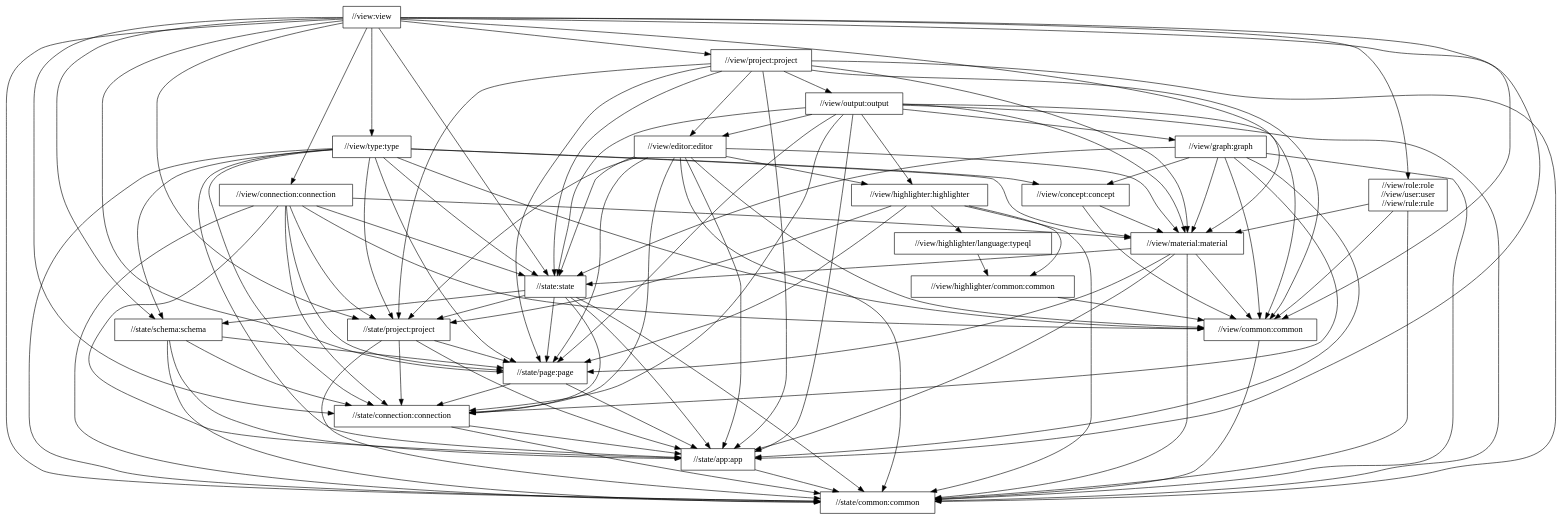
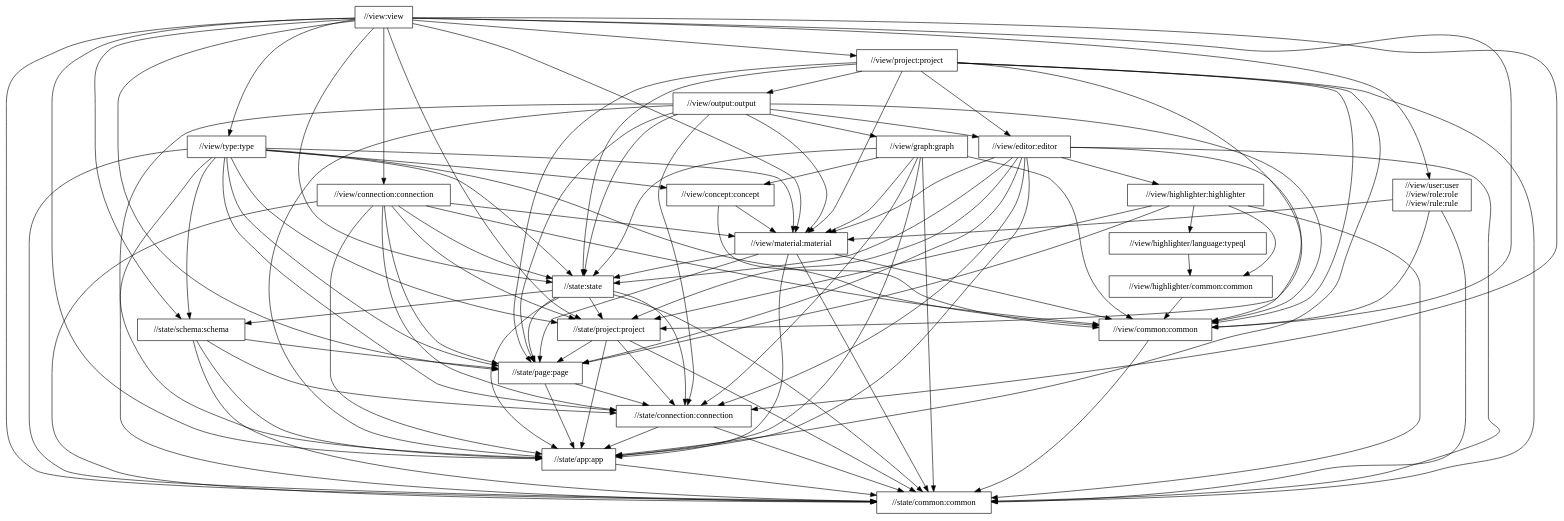
Before and after one commit to typedb/typedb-studio: the diagram in docs/global-package-structure.dot, drawn with Graphviz. The commit also changed 6 other files, not shown here.

Commit message:
Encapsulate syntax highlighting into TextEditor.State, decoupling it from //view/output

```diff
--- a/docs/global-package-structure.dot
+++ b/docs/global-package-structure.dot
@@ -1,127 +1,126 @@
 digraph mygraph {
   node [shape=box];
   "//view:view"
-  "//view:view" -> "//view/role:role\n//view/user:user\n//view/rule:rule"
+  "//view:view" -> "//view/user:user\n//view/role:role\n//view/rule:rule"
   "//view:view" -> "//state:state"
   "//view:view" -> "//state/app:app"
   "//view:view" -> "//state/common:common"
   "//view:view" -> "//state/connection:connection"
   "//view:view" -> "//state/page:page"
   "//view:view" -> "//state/project:project"
   "//view:view" -> "//state/schema:schema"
   "//view:view" -> "//view/common:common"
   "//view:view" -> "//view/connection:connection"
   "//view:view" -> "//view/material:material"
   "//view:view" -> "//view/project:project"
   "//view:view" -> "//view/type:type"
+  "//view/type:type"
+  "//view/type:type" -> "//state:state"
+  "//view/type:type" -> "//state/app:app"
+  "//view/type:type" -> "//state/common:common"
+  "//view/type:type" -> "//state/connection:connection"
+  "//view/type:type" -> "//state/page:page"
+  "//view/type:type" -> "//state/project:project"
+  "//view/type:type" -> "//state/schema:schema"
+  "//view/type:type" -> "//view/common:common"
+  "//view/type:type" -> "//view/concept:concept"
+  "//view/type:type" -> "//view/material:material"
   "//view/project:project"
   "//view/project:project" -> "//state:state"
   "//view/project:project" -> "//state/app:app"
   "//view/project:project" -> "//state/common:common"
   "//view/project:project" -> "//state/page:page"
   "//view/project:project" -> "//state/project:project"
   "//view/project:project" -> "//view/common:common"
   "//view/project:project" -> "//view/editor:editor"
   "//view/project:project" -> "//view/material:material"
   "//view/project:project" -> "//view/output:output"
   "//view/output:output"
   "//view/output:output" -> "//state:state"
   "//view/output:output" -> "//state/app:app"
   "//view/output:output" -> "//state/common:common"
   "//view/output:output" -> "//state/connection:connection"
   "//view/output:output" -> "//state/page:page"
   "//view/output:output" -> "//view/common:common"
   "//view/output:output" -> "//view/editor:editor"
   "//view/output:output" -> "//view/graph:graph"
-  "//view/output:output" -> "//view/highlighter:highlighter"
   "//view/output:output" -> "//view/material:material"
   "//view/editor:editor"
   "//view/editor:editor" -> "//state:state"
   "//view/editor:editor" -> "//state/app:app"
   "//view/editor:editor" -> "//state/common:common"
   "//view/editor:editor" -> "//state/connection:connection"
   "//view/editor:editor" -> "//state/page:page"
   "//view/editor:editor" -> "//state/project:project"
   "//view/editor:editor" -> "//view/common:common"
   "//view/editor:editor" -> "//view/highlighter:highlighter"
   "//view/editor:editor" -> "//view/material:material"
-  "//view/role:role\n//view/user:user\n//view/rule:rule"
-  "//view/role:role\n//view/user:user\n//view/rule:rule" -> "//state/common:common"
-  "//view/role:role\n//view/user:user\n//view/rule:rule" -> "//view/common:common"
-  "//view/role:role\n//view/user:user\n//view/rule:rule" -> "//view/material:material"
+  "//view/connection:connection"
+  "//view/connection:connection" -> "//state:state"
+  "//view/connection:connection" -> "//state/app:app"
+  "//view/connection:connection" -> "//state/common:common"
+  "//view/connection:connection" -> "//state/connection:connection"
+  "//view/connection:connection" -> "//state/page:page"
+  "//view/connection:connection" -> "//state/project:project"
+  "//view/connection:connection" -> "//view/common:common"
+  "//view/connection:connection" -> "//view/material:material"
   "//view/highlighter:highlighter"
   "//view/highlighter:highlighter" -> "//state/common:common"
   "//view/highlighter:highlighter" -> "//state/page:page"
   "//view/highlighter:highlighter" -> "//state/project:project"
   "//view/highlighter:highlighter" -> "//view/highlighter/common:common"
   "//view/highlighter:highlighter" -> "//view/highlighter/language:typeql"
   "//view/highlighter/language:typeql"
   "//view/highlighter/language:typeql" -> "//view/highlighter/common:common"
   "//view/highlighter/common:common"
   "//view/highlighter/common:common" -> "//view/common:common"
-  "//view/connection:connection"
-  "//view/connection:connection" -> "//state:state"
-  "//view/connection:connection" -> "//state/app:app"
-  "//view/connection:connection" -> "//state/common:common"
-  "//view/connection:connection" -> "//state/connection:connection"
-  "//view/connection:connection" -> "//state/page:page"
-  "//view/connection:connection" -> "//state/project:project"
-  "//view/connection:connection" -> "//view/common:common"
-  "//view/connection:connection" -> "//view/material:material"
+  "//view/user:user\n//view/role:role\n//view/rule:rule"
+  "//view/user:user\n//view/role:role\n//view/rule:rule" -> "//state/common:common"
+  "//view/user:user\n//view/role:role\n//view/rule:rule" -> "//view/common:common"
+  "//view/user:user\n//view/role:role\n//view/rule:rule" -> "//view/material:material"
   "//view/graph:graph"
   "//view/graph:graph" -> "//state:state"
   "//view/graph:graph" -> "//state/app:app"
   "//view/graph:graph" -> "//state/common:common"
   "//view/graph:graph" -> "//state/connection:connection"
   "//view/graph:graph" -> "//view/common:common"
   "//view/graph:graph" -> "//view/concept:concept"
   "//view/graph:graph" -> "//view/material:material"
-  "//view/type:type"
-  "//view/type:type" -> "//state:state"
-  "//view/type:type" -> "//state/app:app"
-  "//view/type:type" -> "//state/common:common"
-  "//view/type:type" -> "//state/connection:connection"
-  "//view/type:type" -> "//state/page:page"
-  "//view/type:type" -> "//state/project:project"
-  "//view/type:type" -> "//state/schema:schema"
-  "//view/type:type" -> "//view/common:common"
-  "//view/type:type" -> "//view/concept:concept"
-  "//view/type:type" -> "//view/material:material"
   "//view/concept:concept"
   "//view/concept:concept" -> "//view/common:common"
   "//view/concept:concept" -> "//view/material:material"
   "//view/material:material"
   "//view/material:material" -> "//state:state"
   "//view/material:material" -> "//state/app:app"
   "//view/material:material" -> "//state/common:common"
   "//view/material:material" -> "//state/page:page"
   "//view/material:material" -> "//view/common:common"
   "//view/common:common"
   "//view/common:common" -> "//state/common:common"
   "//state:state"
   "//state:state" -> "//state/app:app"
   "//state:state" -> "//state/common:common"
   "//state:state" -> "//state/connection:connection"
   "//state:state" -> "//state/page:page"
   "//state:state" -> "//state/project:project"
   "//state:state" -> "//state/schema:schema"
   "//state/schema:schema"
   "//state/schema:schema" -> "//state/app:app"
   "//state/schema:schema" -> "//state/common:common"
   "//state/schema:schema" -> "//state/connection:connection"
   "//state/schema:schema" -> "//state/page:page"
   "//state/project:project"
   "//state/project:project" -> "//state/app:app"
   "//state/project:project" -> "//state/common:common"
   "//state/project:project" -> "//state/connection:connection"
   "//state/project:project" -> "//state/page:page"
   "//state/page:page"
   "//state/page:page" -> "//state/app:app"
   "//state/page:page" -> "//state/connection:connection"
   "//state/connection:connection"
   "//state/connection:connection" -> "//state/app:app"
   "//state/connection:connection" -> "//state/common:common"
   "//state/app:app"
   "//state/app:app" -> "//state/common:common"
   "//state/common:common"
 }
```
